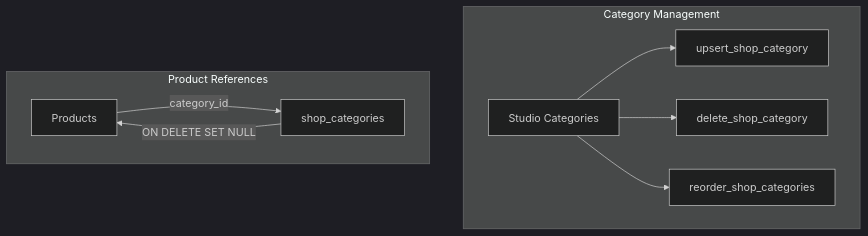
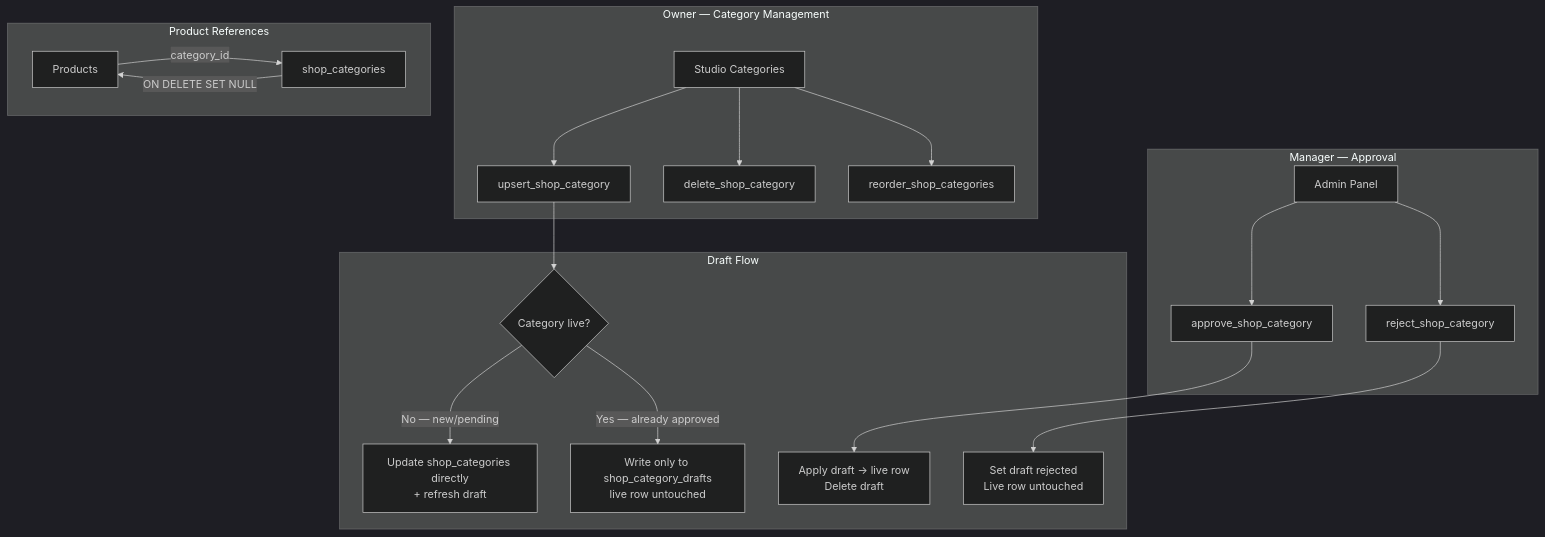
One commit to hobenakicoffee/libraries changed the diagram in docs/shop-service/backend/rpc-categories.md. Above: the diagram before and after it, drawn with Mermaid (dark theme). The commit also changed other lines of this file and 7 other files, not shown here.

````diff
--- a/docs/shop-service/backend/rpc-categories.md
+++ b/docs/shop-service/backend/rpc-categories.md
@@ -3,13 +3,26 @@
 ```mermaid
 flowchart TB
-    subgraph "Category Management"
+    subgraph "Owner — Category Management"
         A[Studio Categories] --> B[upsert_shop_category]
         A --> C[delete_shop_category]
         A --> D[reorder_shop_categories]
     end
-    
+
+    subgraph "Manager — Approval"
+        E[Admin Panel] --> F[approve_shop_category]
+        E --> G[reject_shop_category]
+    end
+
+    subgraph "Draft Flow"
+        B --> H{Category live?}
+        H -->|No — new/pending| I[Update shop_categories directly\n+ refresh draft]
+        H -->|Yes — already approved| J[Write only to shop_category_drafts\nlive row untouched]
+        F --> K[Apply draft → live row\nDelete draft]
+        G --> L[Set draft rejected\nLive row untouched]
+    end
+
     subgraph "Product References"
-        E[Products] -->|category_id| F[shop_categories]
-        F -->|ON DELETE SET NULL| E
+        M[Products] -->|category_id| N[shop_categories]
+        N -->|ON DELETE SET NULL| M
     end
 ```
````
